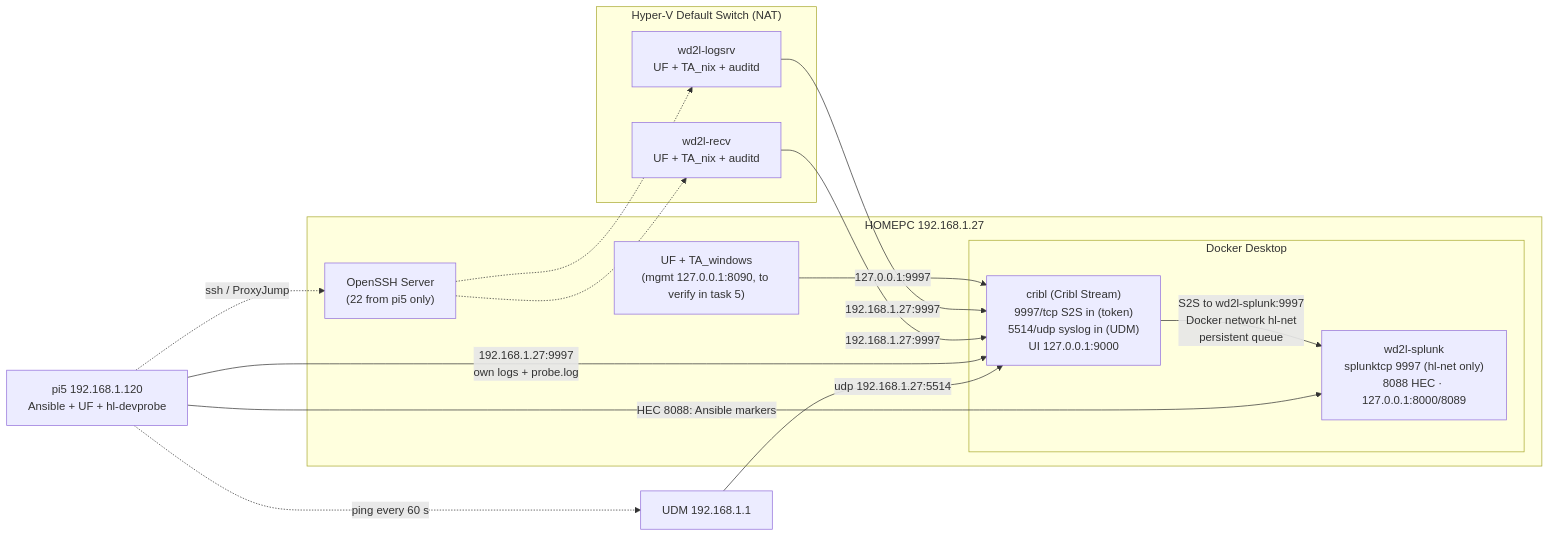
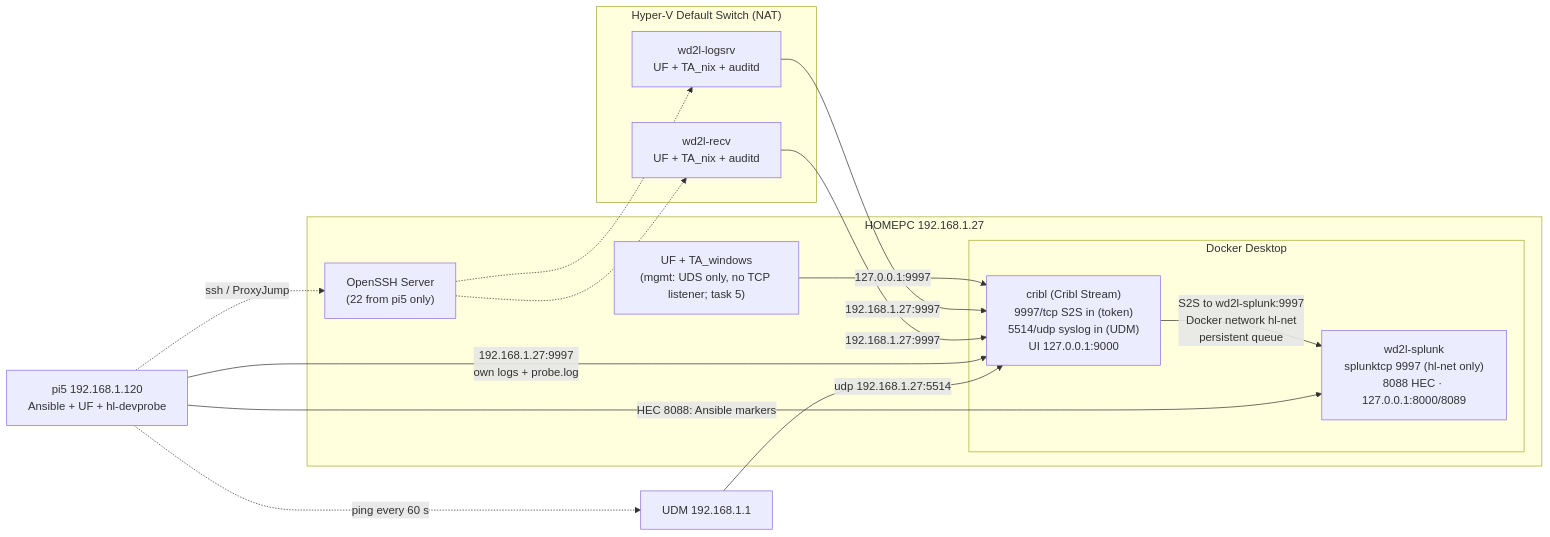
The first of 2 diagrams in docs/specs/2026-10-30-design.md (JoeHazurmoney/homelab-splunk-missing-source), drawn with Mermaid before and after one commit. The commit also changed other lines of this file and 16 other files, not shown here.

First line of the commit message:
feat(uf): Windows UF install, uninstall, service control and audit policy (task 5) (#40)

````diff
--- a/docs/specs/2026-10-30-design.md
+++ b/docs/specs/2026-10-30-design.md
@@ -46,29 +46,29 @@
 ```mermaid
 flowchart LR
   subgraph PC["HOMEPC 192.168.1.27"]
-    WUF["UF + TA_windows<br/>(mgmt 127.0.0.1:8090, to verify in task 5)"]
+    WUF["UF + TA_windows<br/>(mgmt: UDS only, no TCP listener; task 5)"]
     subgraph DD["Docker Desktop"]
       CRIBL["cribl (Cribl Stream)<br/>9997/tcp S2S in (token)<br/>5514/udp syslog in (UDM)<br/>UI 127.0.0.1:9000"]
       SPL["wd2l-splunk<br/>splunktcp 9997 (hl-net only)<br/>8088 HEC · 127.0.0.1:8000/8089"]
       CRIBL -->|"S2S to wd2l-splunk:9997<br/>Docker network hl-net<br/>persistent queue"| SPL
     end
     SSHD["OpenSSH Server<br/>(22 from pi5 only)"]
   end
   subgraph HV["Hyper-V Default Switch (NAT)"]
     L["wd2l-logsrv<br/>UF + TA_nix + auditd"]
     R["wd2l-recv<br/>UF + TA_nix + auditd"]
   end
   PI["pi5 192.168.1.120<br/>Ansible + UF + hl-devprobe"]
   UDM["UDM 192.168.1.1"]
 
   WUF -->|"127.0.0.1:9997"| CRIBL
   L -->|"192.168.1.27:9997"| CRIBL
   R -->|"192.168.1.27:9997"| CRIBL
   PI -->|"192.168.1.27:9997<br/>own logs + probe.log"| CRIBL
   UDM -->|"udp 192.168.1.27:5514"| CRIBL
   PI -->|"HEC 8088: Ansible markers"| SPL
   PI -. "ping every 60 s" .-> UDM
   PI -. "ssh / ProxyJump" .-> SSHD
   SSHD -.-> L
   SSHD -.-> R
 ```
````
